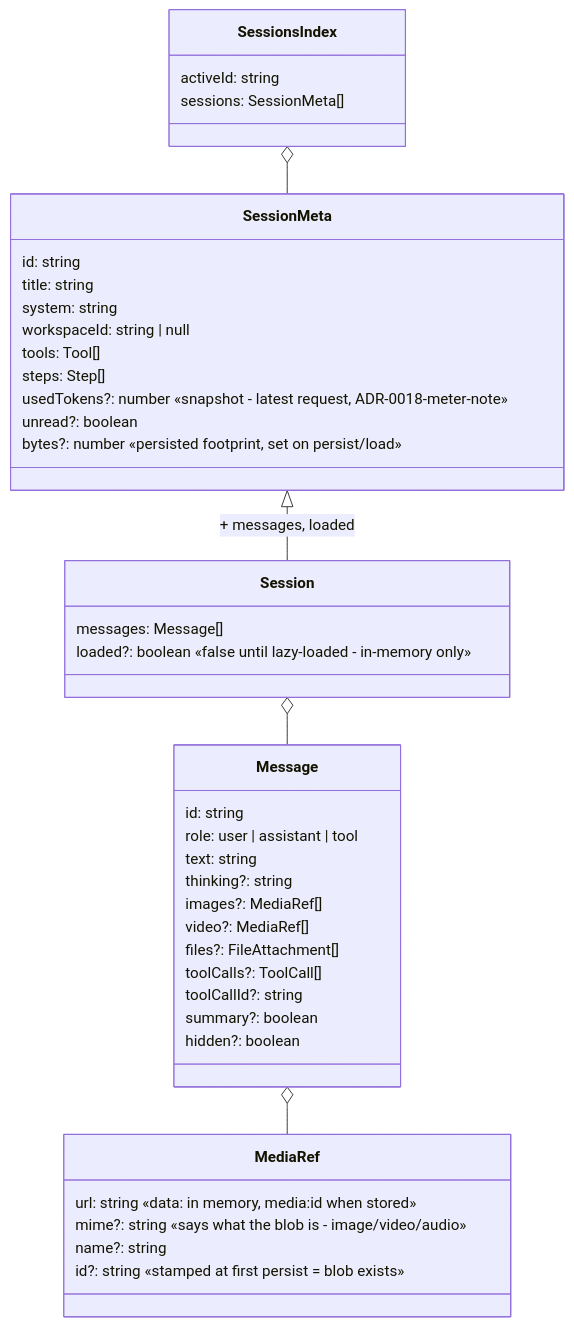
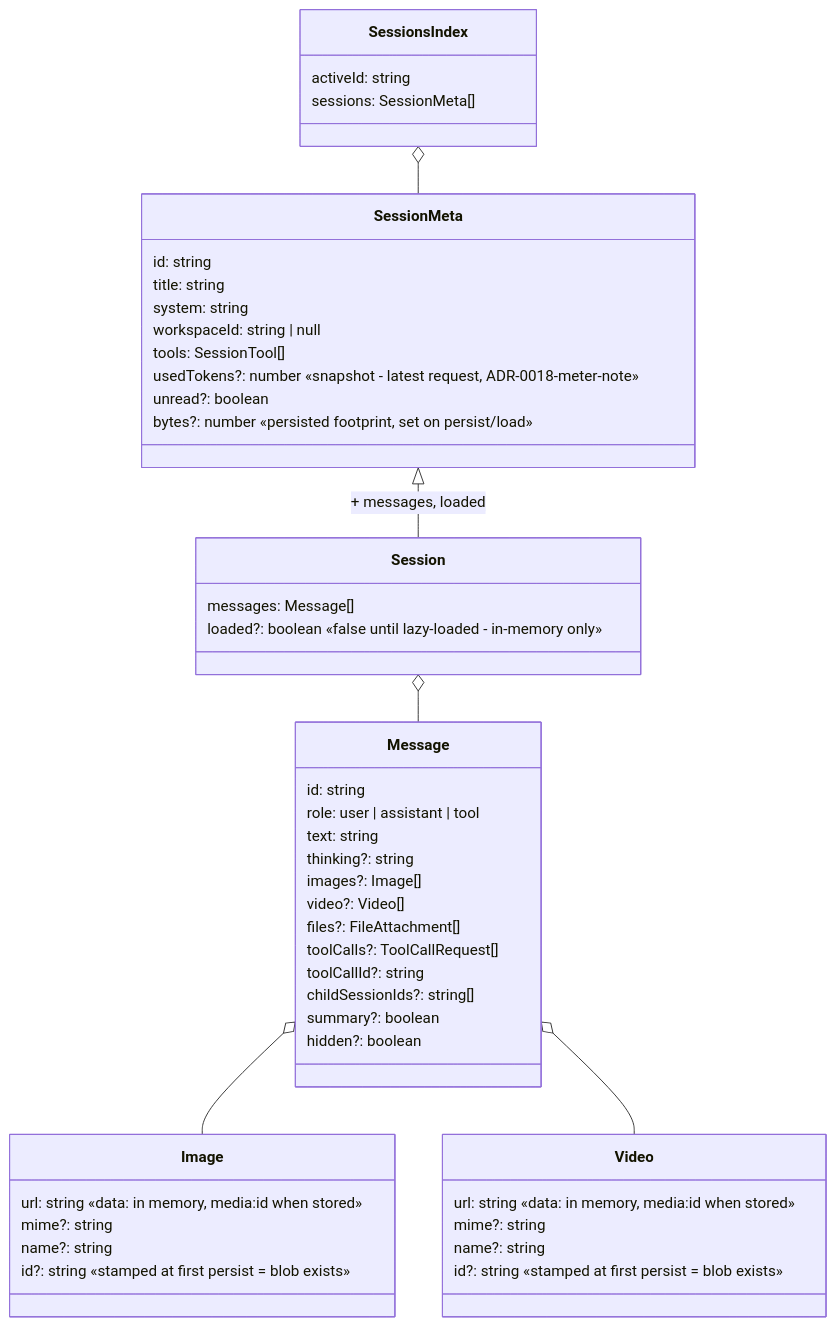
Before and after one commit to bilikaz/v84-harness: the first of 2 diagrams in docs/architecture/storage.md, drawn with Mermaid. The commit also changed other lines of this file and 23 other files, not shown here.

````diff
--- a/docs/architecture/storage.md
+++ b/docs/architecture/storage.md
@@ -27,45 +37,52 @@
 ```mermaid
 classDiagram
     class SessionsIndex {
         activeId: string
         sessions: SessionMeta[]
     }
     class SessionMeta {
         id: string
         title: string
         system: string
         workspaceId: string | null
-        tools: Tool[]
-        steps: Step[]
+        tools: SessionTool[]
         usedTokens?: number  «snapshot - latest request, ADR-0018-meter-note»
         unread?: boolean
         bytes?: number  «persisted footprint, set on persist/load»
     }
     class Session {
         messages: Message[]
         loaded?: boolean  «false until lazy-loaded - in-memory only»
     }
     class Message {
         id: string
         role: user | assistant | tool
         text: string
         thinking?: string
-        images?: MediaRef[]
-        video?: MediaRef[]
+        images?: Image[]
+        video?: Video[]
         files?: FileAttachment[]
-        toolCalls?: ToolCall[]
+        toolCalls?: ToolCallRequest[]
         toolCallId?: string
+        childSessionIds?: string[]
         summary?: boolean
         hidden?: boolean
     }
-    class MediaRef {
+    class Image {
         url: string  «data: in memory, media:id when stored»
-        mime?: string  «says what the blob is - image/video/audio»
+        mime?: string
+        name?: string
+        id?: string  «stamped at first persist = blob exists»
+    }
+    class Video {
+        url: string  «data: in memory, media:id when stored»
+        mime?: string
         name?: string
         id?: string  «stamped at first persist = blob exists»
     }
     SessionMeta <|-- Session : + messages, loaded
     SessionsIndex o-- SessionMeta
     Session o-- Message
-    Message o-- MediaRef
+    Message o-- Image
+    Message o-- Video
 ```
````
